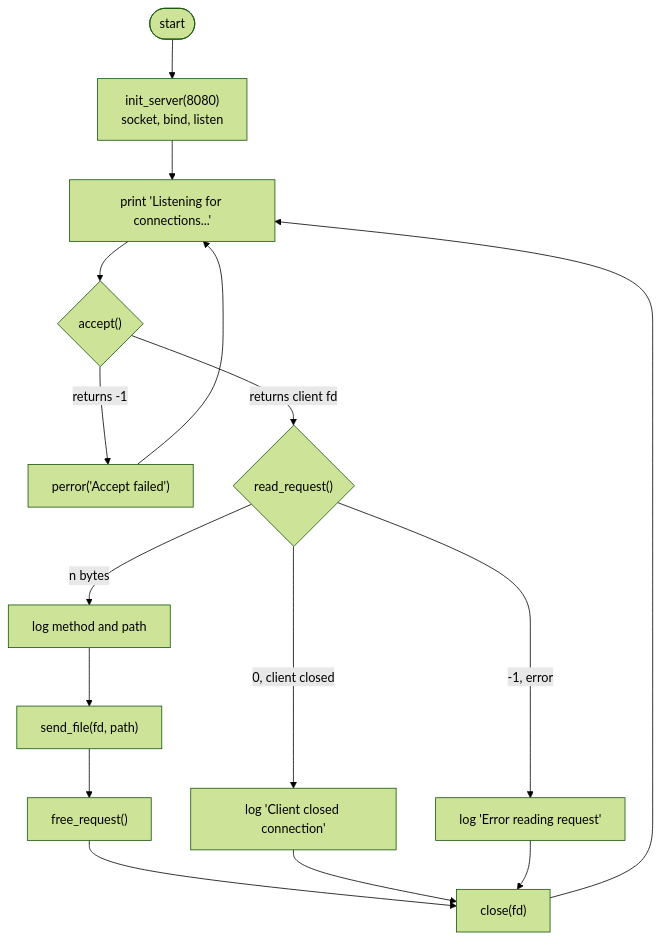
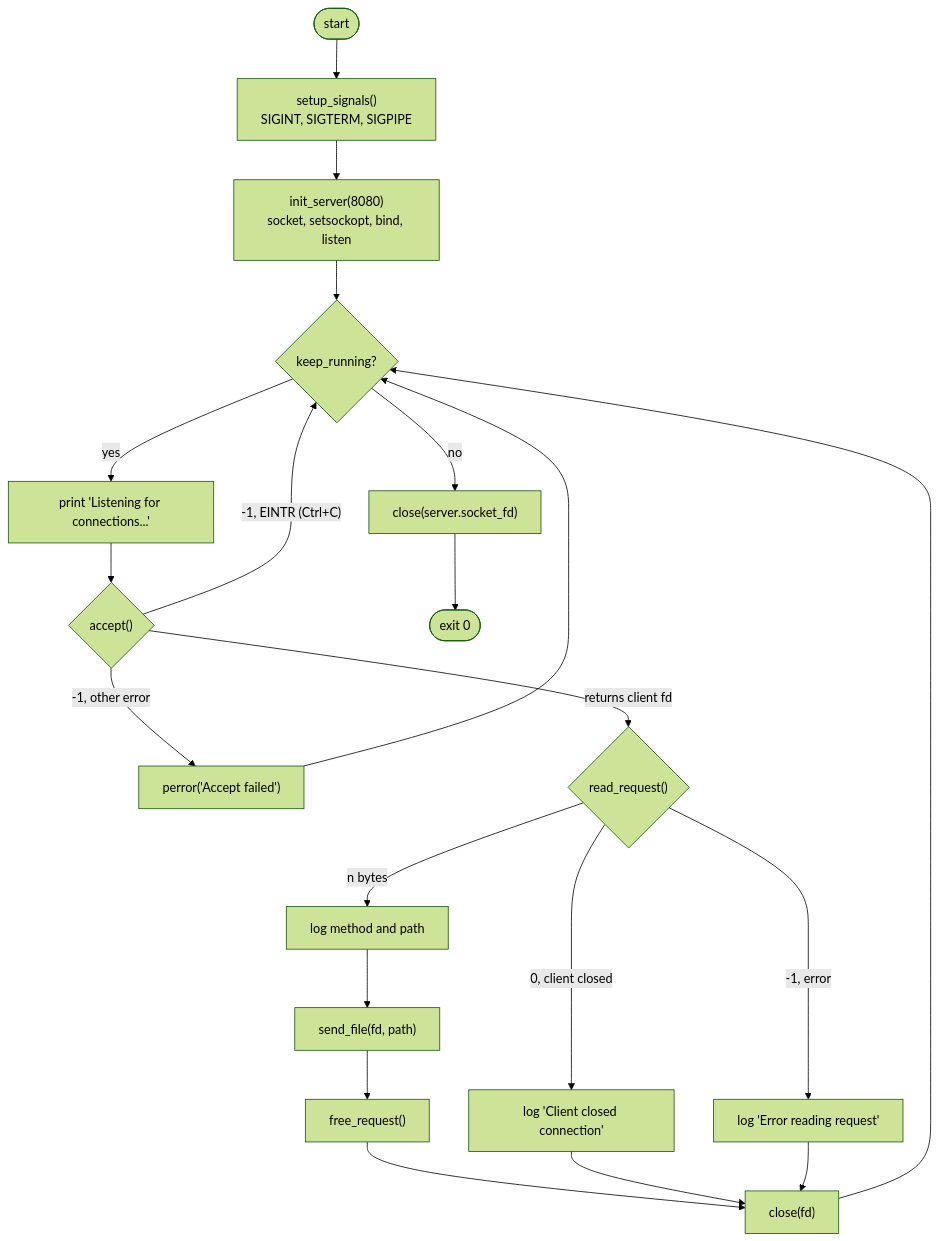
The third of 7 diagrams in Docs.md (wet333/nano-server-c), drawn with Mermaid (forest theme) before and after one commit. The commit also changed other lines of this file and 22 other files, not shown here.

````diff
--- a/Docs.md
+++ b/Docs.md
@@ -115,18 +115,23 @@
 ```mermaid
 flowchart TD
-    A(["start"]) --> B["init_server(8080)<br/>socket, bind, listen"]
-    B --> C["print 'Listening for connections...'"]
+    A(["start"]) --> S["setup_signals()<br/>SIGINT, SIGTERM, SIGPIPE"]
+    S --> B["init_server(8080)<br/>socket, setsockopt, bind, listen"]
+    B --> R{"keep_running?"}
+    R -- "yes" --> C["print 'Listening for connections...'"]
     C --> D{"accept()"}
-    D -- "returns -1" --> E["perror('Accept failed')"]
-    E --> C
+    D -- "-1, EINTR (Ctrl+C)" --> R
+    D -- "-1, other error" --> E["perror('Accept failed')"]
+    E --> R
     D -- "returns client fd" --> F{"read_request()"}
     F -- "n bytes" --> G["log method and path"]
     G --> H["send_file(fd, path)"]
     H --> I["free_request()"]
     I --> J["close(fd)"]
     F -- "0, client closed" --> K["log 'Client closed connection'"]
     K --> J
     F -- "-1, error" --> L["log 'Error reading request'"]
     L --> J
-    J --> C
+    J --> R
+    R -- "no" --> Z["close(server.socket_fd)"]
+    Z --> X(["exit 0"])
 ```
````
